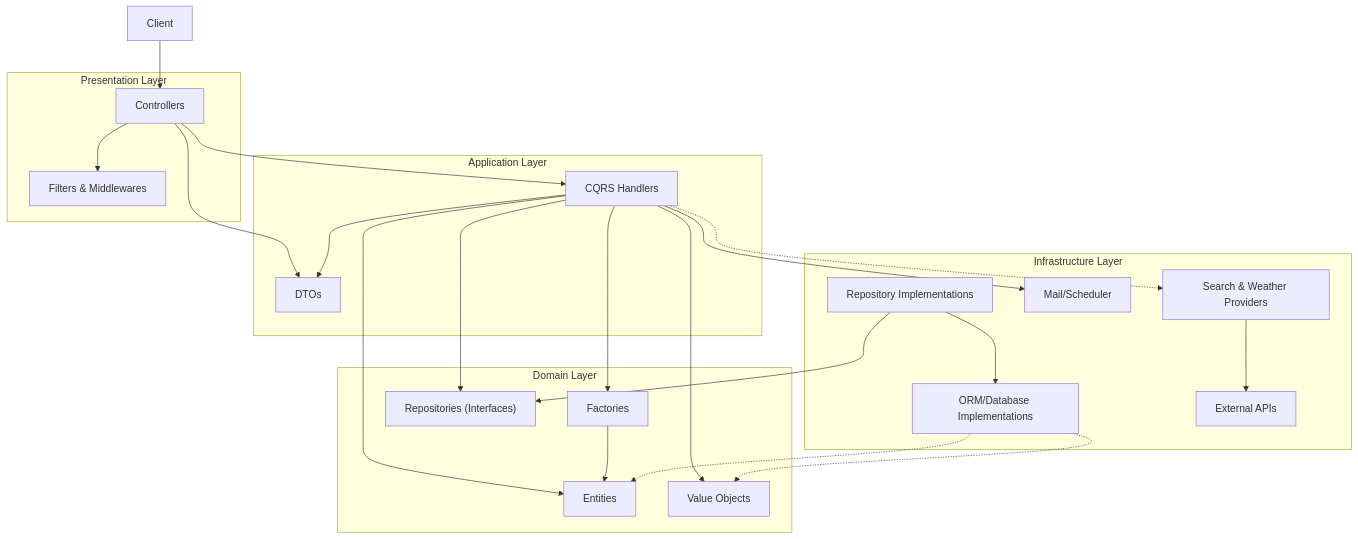
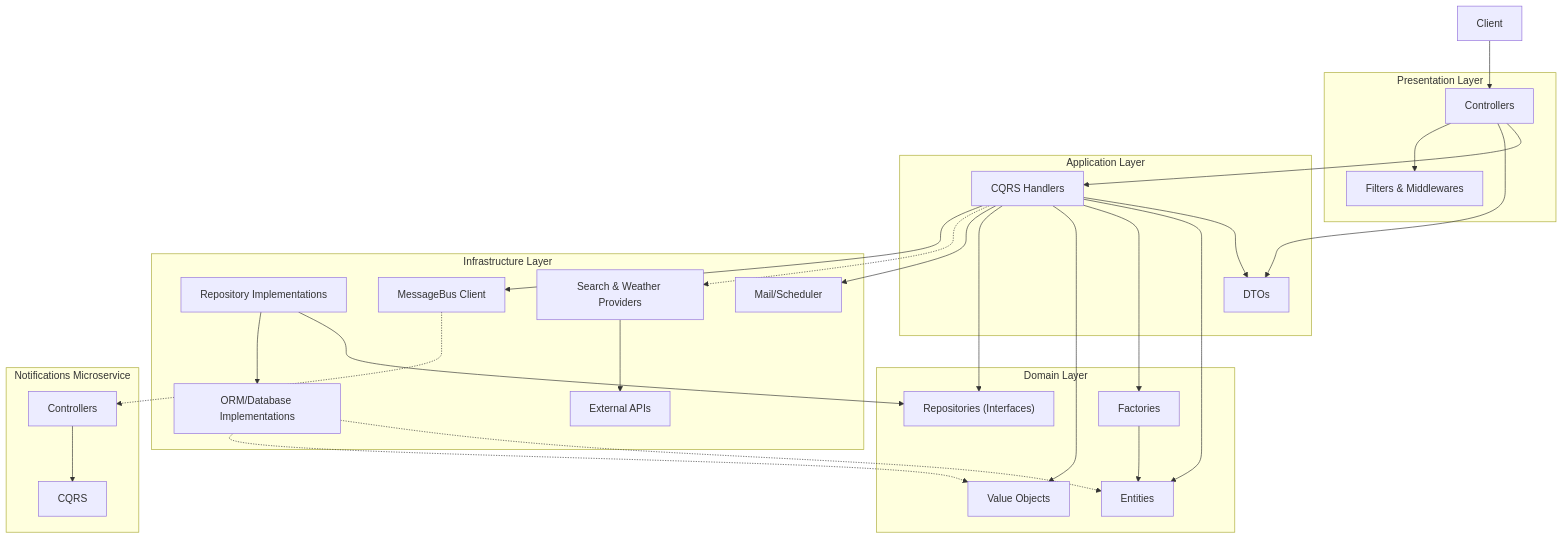
The first of 5 diagrams in docs/system-design/weather-app.md (GenesisEducationKyiv/software-engineering-school-5-0-Pasha-Makarenko), drawn with Mermaid before and after one commit. The commit also changed other lines of this file and 1 other file, not shown here.

````diff
--- a/docs/system-design/weather-app.md
+++ b/docs/system-design/weather-app.md
@@ -53,42 +54,50 @@
 ```mermaid
 flowchart TB
     Client["Client"]
     subgraph Presentation Layer
         A1["Controllers"]
         A2["Filters & Middlewares"]
     end
     subgraph Application Layer
         B1["CQRS Handlers"]
         B2["DTOs"]
     end
     subgraph Domain Layer
         C1["Entities"]
         C2["Factories"]
         C3["Value Objects"]
         C4["Repositories (Interfaces)"]
     end
     subgraph Infrastructure Layer
         D1["ORM/Database Implementations"]
         D2["External APIs"]
         D3["Repository Implementations"]
         D4["Mail/Scheduler"]
         D5["Search & Weather Providers"]
+        D6["MessageBus Client"]
+    end
+    subgraph Notifications Microservice
+        N1["Controllers"]
+        N2["CQRS"]
     end
     Client --> A1
     A1 --> B1
     A1 --> B2
     A1 --> A2
     B1 --> B2
     B1 --> C1
     B1 --> C2
     B1 --> C3
     B1 --> C4
     B1 --> D4
     B1 -.-> D5
+    B1 --> D6
+    D6 -.-> N1
+    N1 --> N2
     C2 --> C1
     D3 --> C4
     D3 --> D1
     D5 --> D2
     D1 -.-> C1
     D1 -.-> C3
 ```
````
